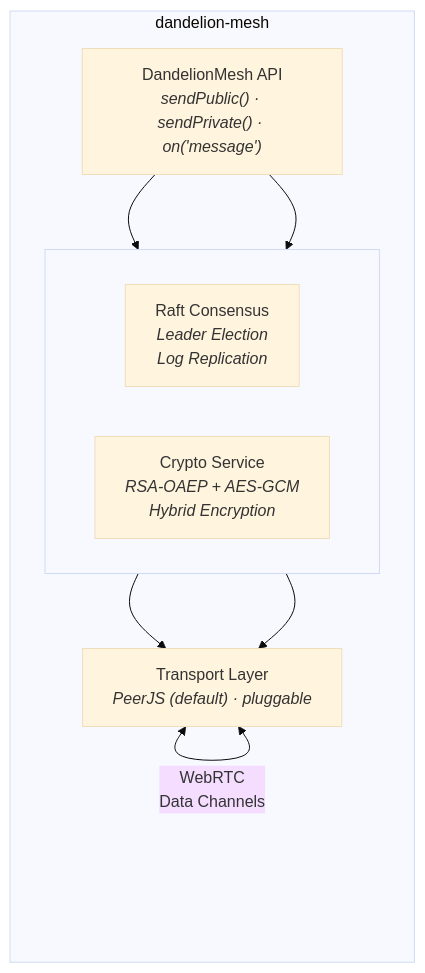
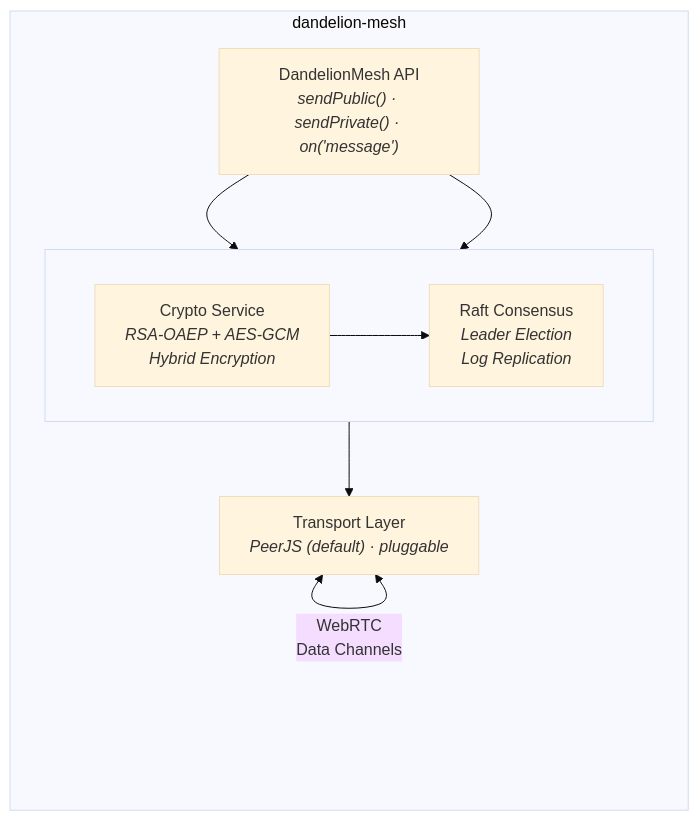
Before and after one commit to predatorray/dandelion-mesh: the first of 3 diagrams in README.md, drawn with Mermaid (base theme). The commit also changed other lines of this file, not shown here.

Commit message:
minor: updated README

````diff
--- a/README.md
+++ b/README.md
@@ -105,21 +105,21 @@
 ```mermaid
 graph TB
     subgraph "dandelion-mesh"
         direction TB
         API["DandelionMesh API<br/><i>sendPublic() · sendPrivate() · on('message')</i>"]
 
         subgraph layers [" "]
             direction LR
             RAFT["Raft Consensus<br/><i>Leader Election<br/>Log Replication</i>"]
             CRYPTO["Crypto Service<br/><i>RSA-OAEP + AES-GCM<br/>Hybrid Encryption</i>"]
         end
 
         TRANSPORT["Transport Layer<br/><i>PeerJS (default) · pluggable</i>"]
     end
 
     API --> RAFT
     API --> CRYPTO
+    CRYPTO --> RAFT
     RAFT --> TRANSPORT
-    CRYPTO --> TRANSPORT
     TRANSPORT <-->|WebRTC<br/>Data Channels| TRANSPORT
 ```
````
